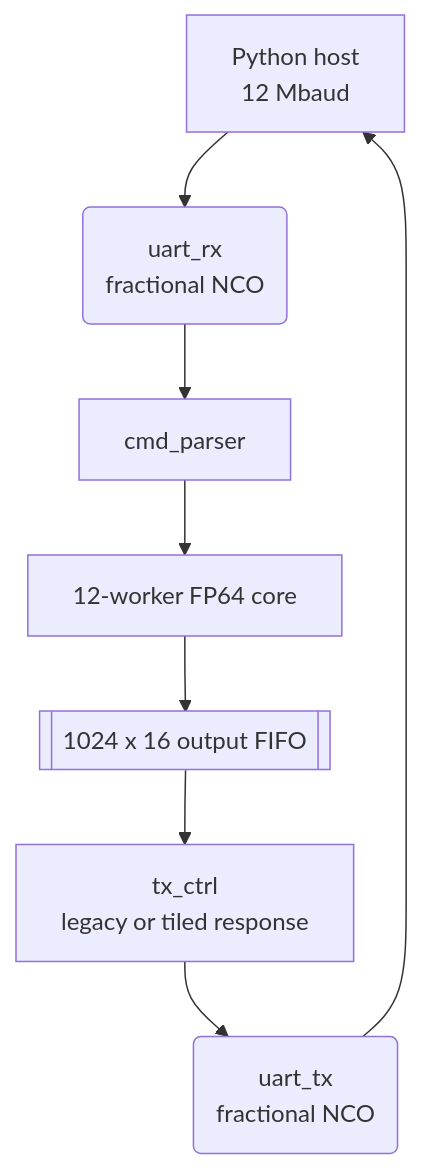
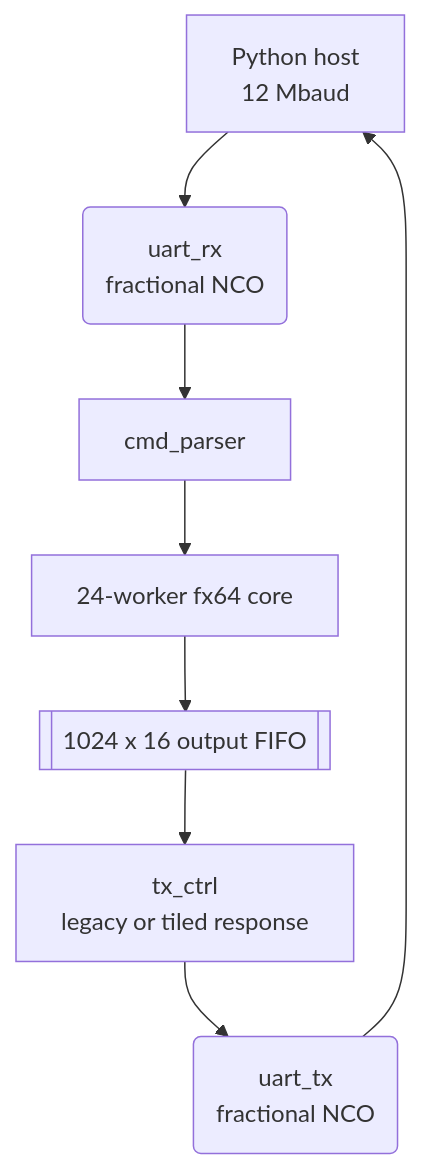
Before and after one commit to RESBI/FPGA-Mandelbrot-Demo: diagram 12 of 17 in doc/ARCHITECTURE.md, drawn with Mermaid. The commit also changed other lines of this file and 1 other file, not shown here.

First line of the commit message:
Restructure ARCHITECTURE.md for fx64 primary path; add fx64 redesign chapter to evolution report

````diff
--- a/doc/ARCHITECTURE.md
+++ b/doc/ARCHITECTURE.md
@@ -697,10 +554,10 @@
 ```mermaid
 flowchart TB
     HOST["Python host<br/>12 Mbaud"] --> RX("uart_rx<br/>fractional NCO")
     RX --> CMD["cmd_parser"]
-    CMD --> CORE["12-worker FP64 core"]
+    CMD --> CORE["24-worker fx64 core"]
     CORE --> OFIFO[["1024 x 16 output FIFO"]]
     OFIFO --> TXC["tx_ctrl<br/>legacy or tiled response"]
     TXC --> TX("uart_tx<br/>fractional NCO")
     TX --> HOST
 ```
````
